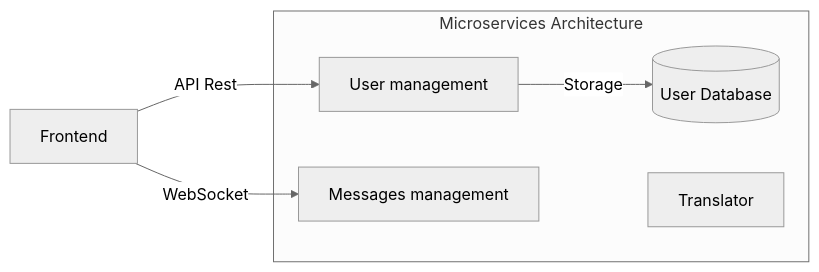
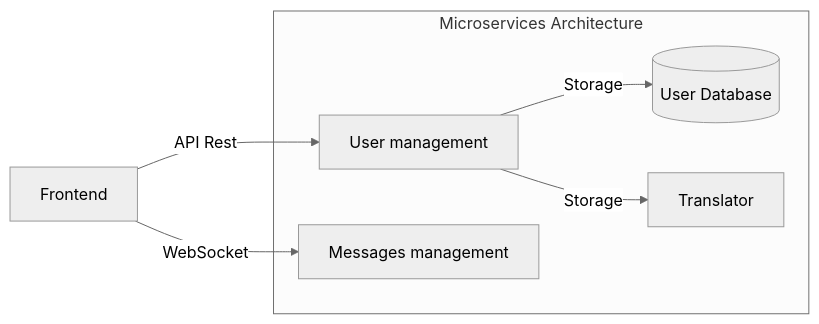
The first of 6 diagrams in README.md (YR72dpi/SecuredWhisker), drawn with Mermaid (neutral theme) before and after one commit. The commit also changed other lines of this file, not shown here.

````diff
--- a/README.md
+++ b/README.md
@@ -110,16 +108,17 @@
 ```mermaid
 graph LR;
     subgraph "Microservices Architecture"
         UserService["User management"] 
         MessageService["Messages management"]
         UserDatabase[("User Database")]
         Translator["Translator"]
     end
 
     Frontend["Frontend"]
 
     Frontend -->|API Rest| UserService
     UserService -->|Storage| UserDatabase
+    UserService -->|Storage| Translator
 
     Frontend -->|WebSocket| MessageService
 ```
````
